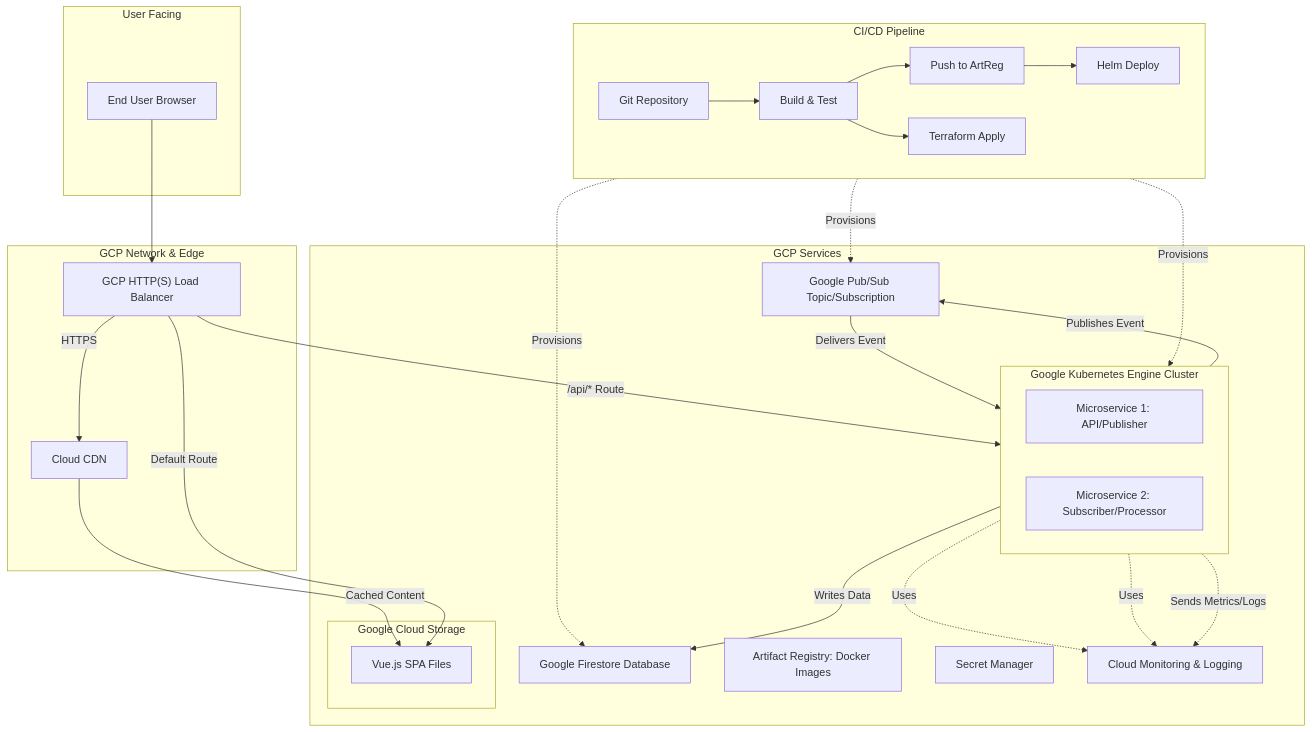
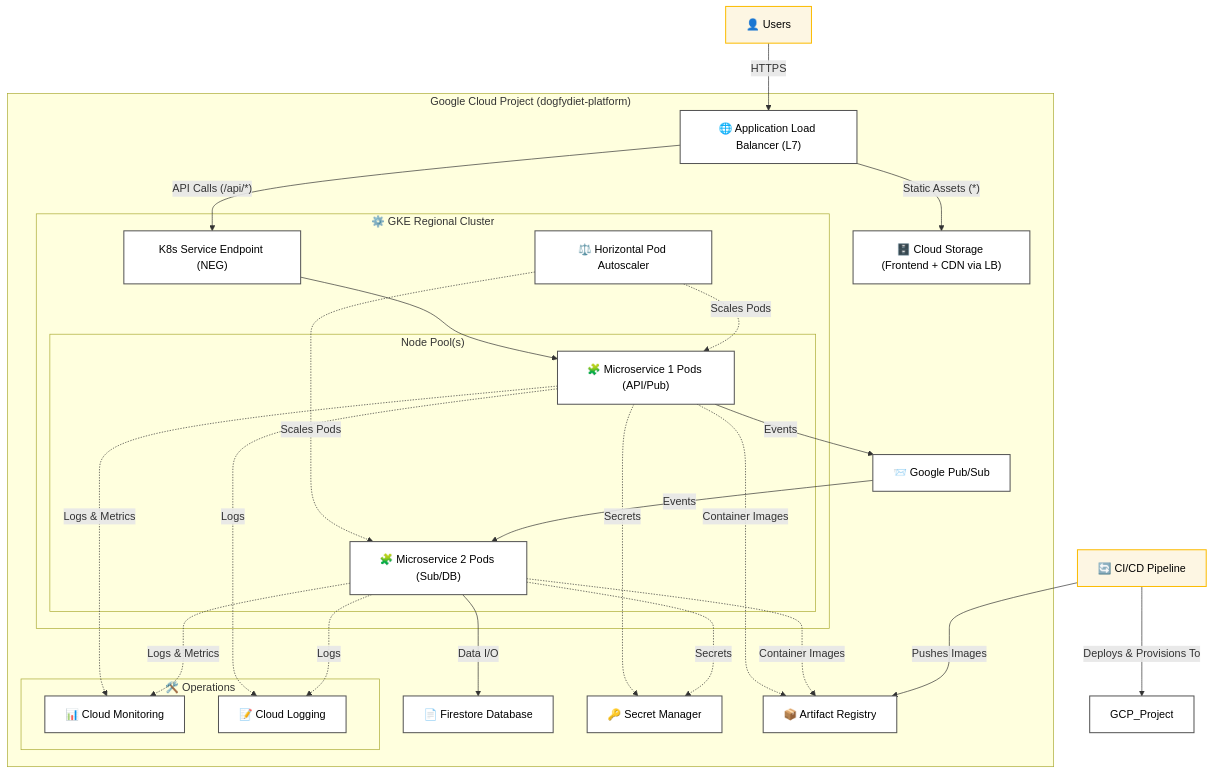
The second of 2 diagrams in docs/architecture.md (gavilanbe/dogfydiet-platform), drawn with Mermaid before and after one commit.

Commit message:
docs: updated mermaid for Infra

````diff
--- a/docs/architecture.md
+++ b/docs/architecture.md
@@ -52,63 +52,73 @@
 ```mermaid
-graph TD
-    subgraph User Facing
-        U["End User Browser"]
+graph TB
+    subgraph "Google Cloud Project (dogfydiet-platform)"
+        %% Edge Security & Load Balancing
+        LB["🌐 Application Load Balancer (L7)"]
+        GCS["🗄️ Cloud Storage (Frontend + CDN via LB)"]
+
+        %% GKE Compute & Microservices
+        subgraph "⚙️ GKE Regional Cluster"
+            GKE_Service["K8s Service Endpoint (NEG)"]
+            subgraph "Node Pool(s)"
+                MS1_Pods["🧩 Microservice 1 Pods (API/Pub)"]
+                MS2_Pods["🧩 Microservice 2 Pods (Sub/DB)"]
+            end
+            HPA["⚖️ Horizontal Pod Autoscaler"]
+        end
+
+        %% Data, Messaging & Supporting Services
+        PubSub["📨 Google Pub/Sub"]
+        FirestoreDB["📄 Firestore Database"]
+        SM["🔑 Secret Manager"]
+        ArtReg["📦 Artifact Registry"]
+        
+        subgraph "🛠️ Operations"
+            Monitoring["📊 Cloud Monitoring"]
+            Logging["📝 Cloud Logging"]
+        end
     end
 
-    subgraph "GCP Network & Edge"
-        LB["GCP HTTP(S) Load Balancer"]
-        CDN["Cloud CDN"]
-    end
+    %% External Users & CI/CD
+    Users["👤 Users"]
+    CICD["🔄 CI/CD Pipeline"]
 
-    subgraph "GCP Services"
-        subgraph GCS [Google Cloud Storage]
-            Frontend["Vue.js SPA Files"]
-        end
+    %% --- Flow & Interactions ---
 
-        subgraph GKE [Google Kubernetes Engine Cluster]
-            direction LR
-            MS1["Microservice 1: API/Publisher"]
-            MS2["Microservice 2: Subscriber/Processor"]
-        end
+    %% User Request Flow
+    Users -- "HTTPS" --> LB;
+    LB -- "Static Assets (*)" --> GCS;
+    LB -- "API Calls (/api/*)" --> GKE_Service;
+    
+    %% GKE Internal & Scaling
+    GKE_Service --> MS1_Pods;
+    HPA -.->|Scales Pods| MS1_Pods;
+    HPA -.->|Scales Pods| MS2_Pods;
 
-        PubSub["Google Pub/Sub Topic/Subscription"]
-        FirestoreDB["Google Firestore Database"]
-        ArtReg["Artifact Registry: Docker Images"]
-        SecMan["Secret Manager"]
-        CloudMon["Cloud Monitoring & Logging"]
-    end
+    %% Backend Microservice Workflow
+    MS1_Pods -- "Events" --> PubSub;
+    PubSub -- "Events" --> MS2_Pods;
+    MS2_Pods -- "Data I/O" --> FirestoreDB;
 
-    U --> LB
+    %% Dependencies on Supporting Services
+    MS1_Pods & MS2_Pods -. "Secrets" .-> SM;
+    MS1_Pods & MS2_Pods -. "Container Images" .-> ArtReg; 
+    %% Operations - Telemetry (Simplified)
+    MS1_Pods & MS2_Pods -. "Logs & Metrics" .-> Monitoring;
+    MS1_Pods & MS2_Pods -. "Logs" .-> Logging;
+    %% Other services (LB, GCS, PubSub, Firestore) also report to Monitoring/Logging
 
-    LB -- "HTTPS" --> CDN
-    CDN -- "Cached Content" --> Frontend
-    LB -- "Default Route" --> Frontend
-
-    LB -- "/api/* Route" --> MS1
-
-    MS1 -- "Publishes Event" --> PubSub
-    PubSub -- "Delivers Event" --> MS2
-    MS2 -- "Writes Data" --> FirestoreDB
-
-    MS1 -. "Uses" .-> CloudMon
-    MS2 -. "Uses" .-> CloudMon
-    GKE -. "Sends Metrics/Logs" .-> CloudMon
-
-    %% CI/CD (Conceptual - not a runtime component)
-    subgraph "CI/CD Pipeline"
-        direction LR
-        SourceCode["Git Repository"]
-        Build["Build & Test"]
-        PushImage["Push to ArtReg"]
-        DeployTerraform["Terraform Apply"]
-        DeployHelm["Helm Deploy"]
-    end
-    SourceCode --> Build
-    Build --> PushImage
-    Build --> DeployTerraform
-    PushImage --> DeployHelm
-    DeployTerraform -. Provisions .-> GKE
-    DeployTerraform -. Provisions .-> PubSub
-    DeployTerraform -. Provisions .-> FirestoreDB
+    %% CI/CD Actions
+    CICD -- "Pushes Images" --> ArtReg;
+    CICD -- "Deploys & Provisions To" --> GCP_Project; 
+    %% --- Optional Styling (closer to your example's simplicity) ---
+    classDef default fill:#fff,stroke:#555,stroke-width:1.5px,color:black;
+    classDef gcpSubsystem fill:#f5faff,stroke:#4285F4,stroke-width:2px;
+    classDef k8sInternal fill:#e8f5e9,stroke:#34A853,stroke-width:1.5px;
+    classDef external fill:#fdf6e3,stroke:#fbbc05,stroke-width:1.5px;
+    
+    class Users external;
+    class CICD external;
+    class LB,GCS,GKE_Service,PubSub,FirestoreDB,SM,ArtReg,Monitoring,Logging default;
+    
 
 ```
````
